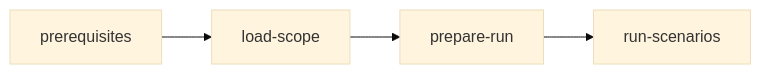
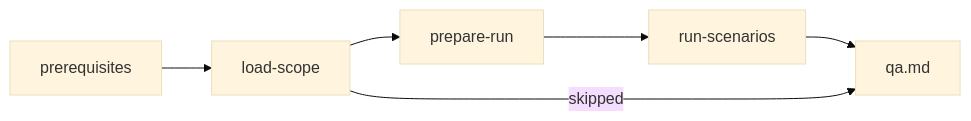
The diagram in plugins/aidd-qa/skills/01-acceptance-qa/SKILL.md (ai-driven-dev/framework), drawn with Mermaid (base theme) before and after one commit. The commit also changed other lines of this file and 4 other files, not shown here.

First line of the commit message:
fix(aidd-qa): report a fully rejected scenario set as blocked, not skipped

````diff
--- a/plugins/aidd-qa/skills/01-acceptance-qa/SKILL.md
+++ b/plugins/aidd-qa/skills/01-acceptance-qa/SKILL.md
@@ -9,4 +9,5 @@
 ```mermaid
 flowchart LR
-  prerequisites["prerequisites"] --> scope["load-scope"] --> prepare["prepare-run"] --> run["run-scenarios"]
+  prerequisites["prerequisites"] --> scope["load-scope"] --> prepare["prepare-run"] --> run["run-scenarios"] --> report["qa.md"]
+  scope -- skipped --> report
 ```
````
